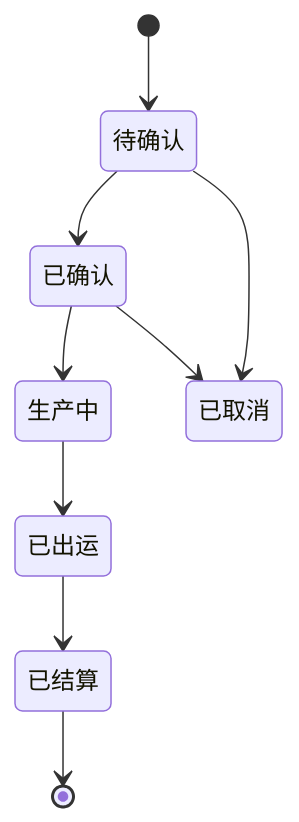
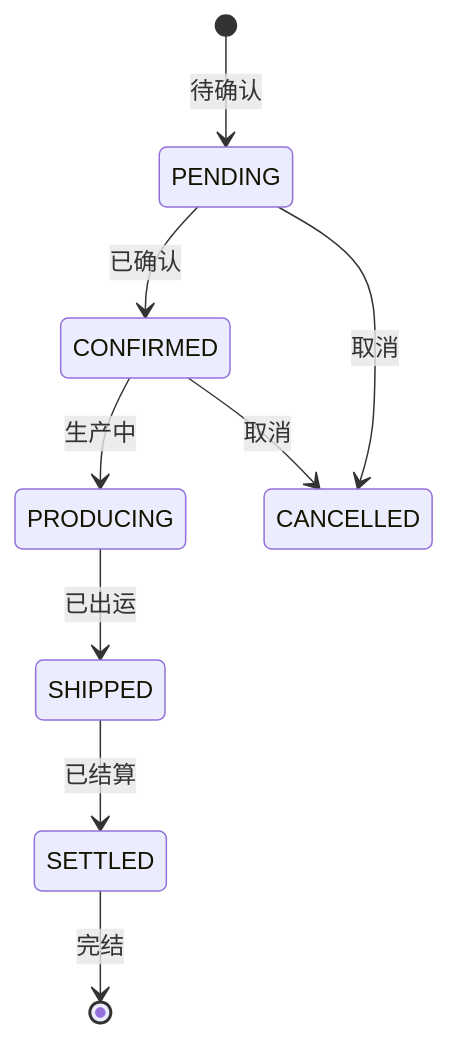
One commit to wx-wan/ysem changed the fifth of 6 diagrams in docs/业务流程与状态机.md. Above: the diagram before and after it, drawn with Mermaid. The commit also changed other lines of this file, not shown here.

Commit message:
docs: 重排业务流程与状态机 mermaid 图表，修正实现进度

````diff
--- a/docs/业务流程与状态机.md
+++ b/docs/业务流程与状态机.md
@@ -130,11 +103,12 @@
 ```mermaid
 stateDiagram-v2
-    [*] --> 待确认
-    待确认 --> 已确认
-    已确认 --> 生产中
-    生产中 --> 已出运
-    已出运 --> 已结算
-    已结算 --> [*]
-    待确认 --> 已取消
-    已确认 --> 已取消
+    [*] --> PENDING : 待确认
+    PENDING --> CONFIRMED : 已确认
+    CONFIRMED --> PRODUCING : 生产中
+    PRODUCING --> SHIPPED : 已出运
+    SHIPPED --> SETTLED : 已结算
+    SETTLED --> [*] : 完结
+
+    PENDING --> CANCELLED : 取消
+    CONFIRMED --> CANCELLED : 取消
 ```
````
